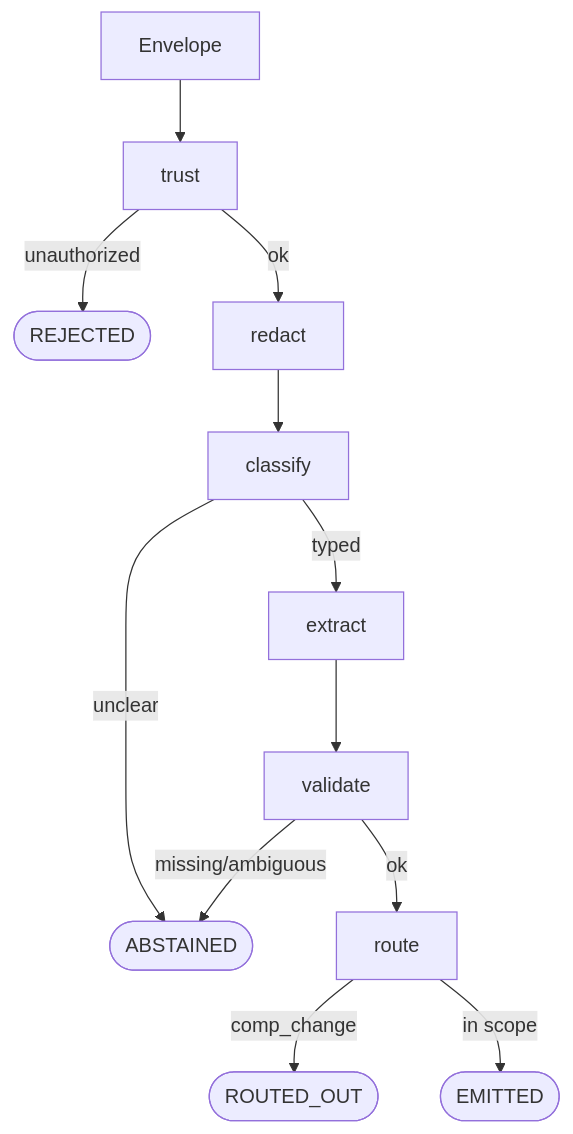
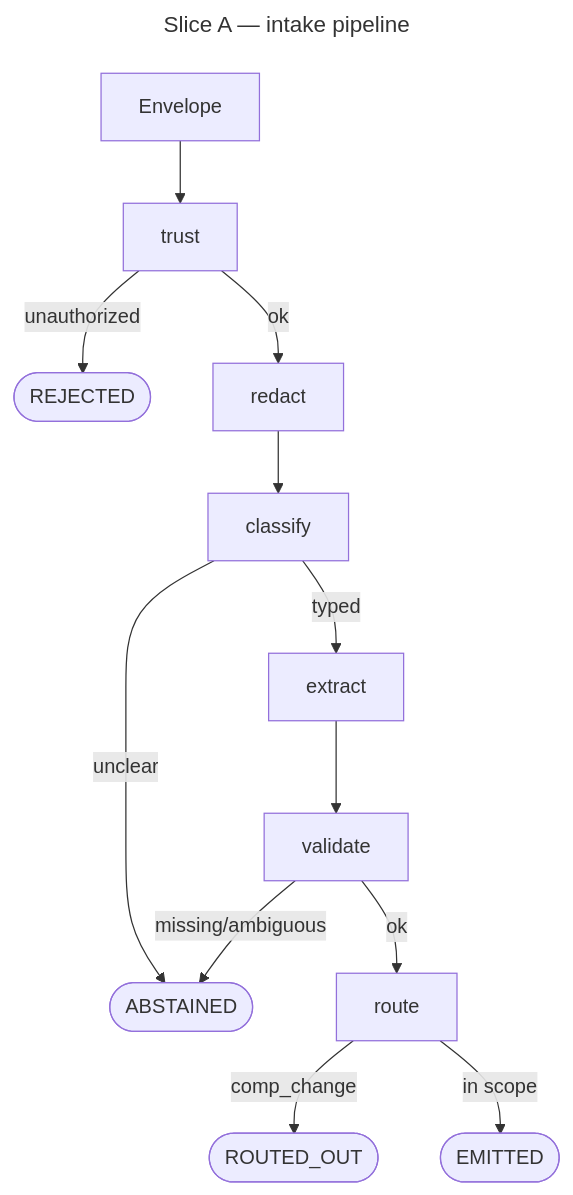
Before and after one commit to karinfdez/legal-reorg-intake: the first of 2 diagrams in docs/design.md, drawn with Mermaid. The commit also changed other lines of this file, not shown here.

First line of the commit message:
Doc polish: self-labeled diagrams, consistent voice, pagination, HRBP

````diff
--- a/docs/design.md
+++ b/docs/design.md
@@ -83,14 +83,17 @@
 ```mermaid
+---
+title: "Slice A — intake pipeline"
+---
 flowchart TD
   env[Envelope] --> trust[trust]
   trust -->|unauthorized| rejected([REJECTED])
   trust -->|ok| redact[redact]
   redact --> classify[classify]
   classify -->|unclear| abstain([ABSTAINED])
   classify -->|typed| extract[extract]
   extract --> validate[validate]
   validate -->|missing/ambiguous| abstain
   validate -->|ok| route[route]
   route -->|comp_change| routed([ROUTED_OUT])
   route -->|in scope| emitted([EMITTED])
 ```
````
